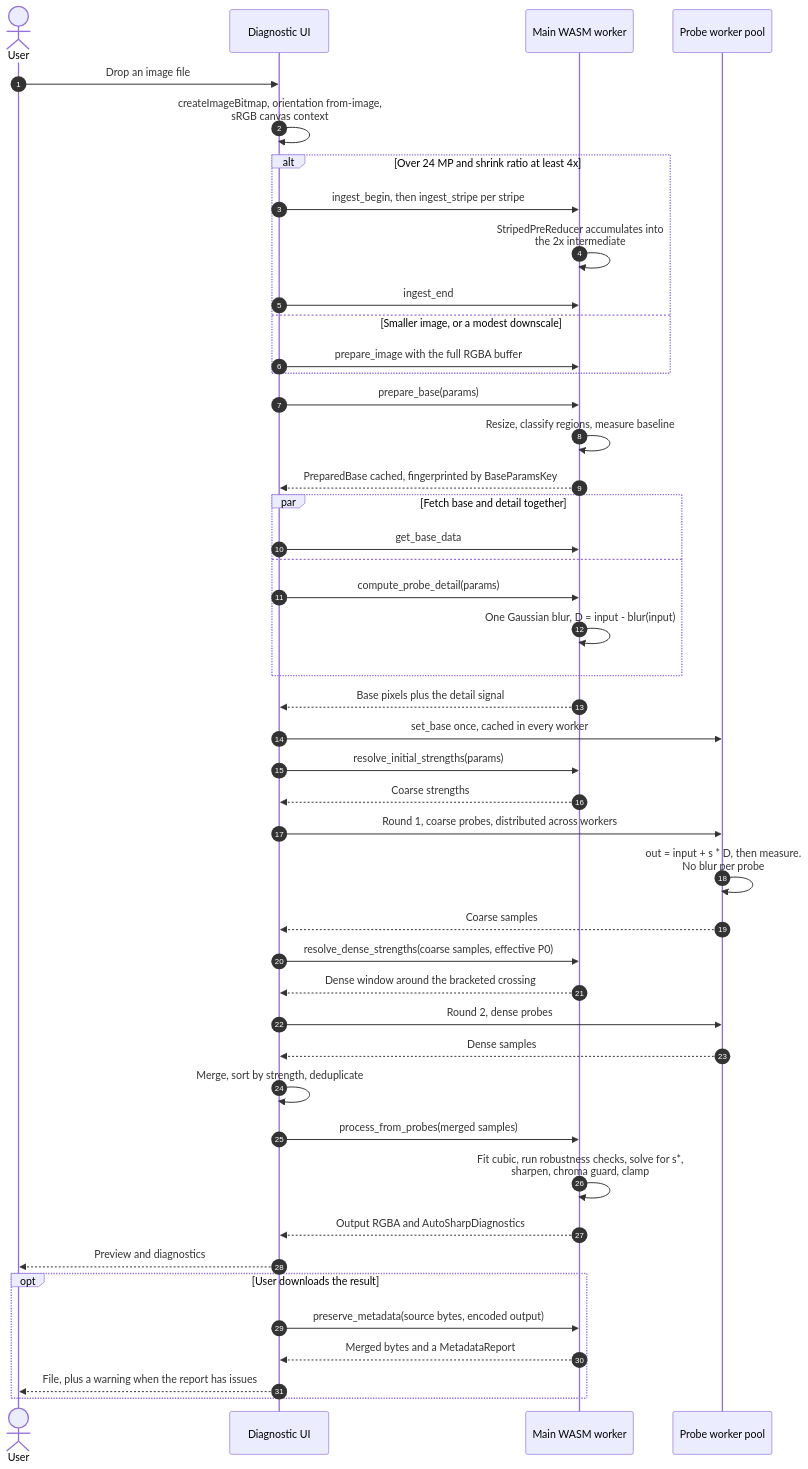
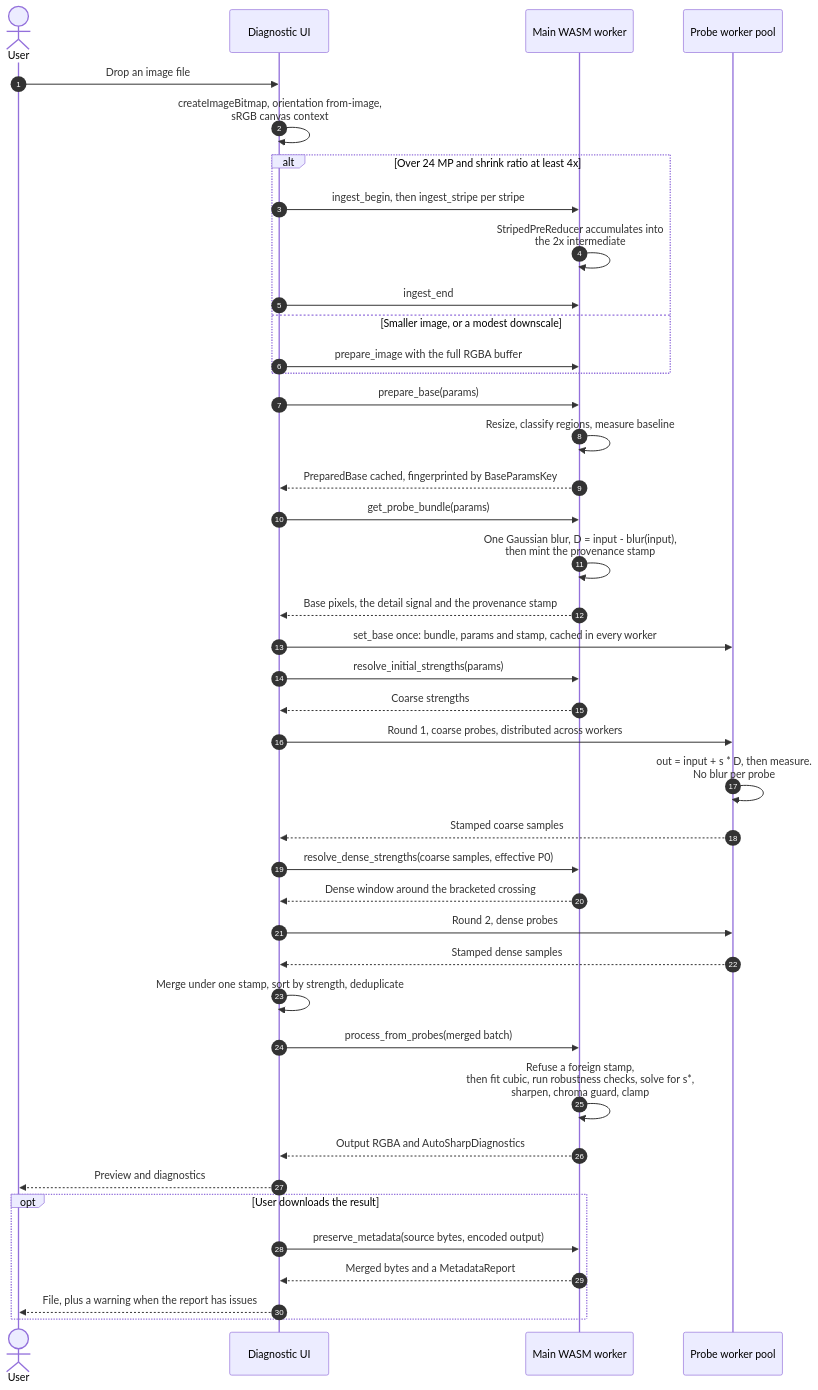
Before and after one commit to alvytsk/r3sizer: the fourth of 5 diagrams in docs/architecture.md, drawn with Mermaid. The commit also changed other lines of this file and 3 other files, not shown here.

Commit message:
docs: describe the stamped probe-worker seam

````diff
--- a/docs/architecture.md
+++ b/docs/architecture.md
@@ -164,57 +164,53 @@
 ```mermaid
 sequenceDiagram
     autonumber
     actor User
     participant UI as Diagnostic UI
     participant MW as Main WASM worker
     participant Pool as Probe worker pool
 
     User->>UI: Drop an image file
     UI->>UI: createImageBitmap, orientation from-image,<br/>sRGB canvas context
 
     alt Over 24 MP and shrink ratio at least 4x
         UI->>MW: ingest_begin, then ingest_stripe per stripe
         MW->>MW: StripedPreReducer accumulates into<br/>the 2x intermediate
         UI->>MW: ingest_end
     else Smaller image, or a modest downscale
         UI->>MW: prepare_image with the full RGBA buffer
     end
 
     UI->>MW: prepare_base(params)
     MW->>MW: Resize, classify regions, measure baseline
     MW-->>UI: PreparedBase cached, fingerprinted by BaseParamsKey
 
-    par Fetch base and detail together
-        UI->>MW: get_base_data
-        and
-        UI->>MW: compute_probe_detail(params)
-        MW->>MW: One Gaussian blur, D = input - blur(input)
-    end
-    MW-->>UI: Base pixels plus the detail signal
+    UI->>MW: get_probe_bundle(params)
+    MW->>MW: One Gaussian blur, D = input - blur(input),<br/>then mint the provenance stamp
+    MW-->>UI: Base pixels, the detail signal and the provenance stamp
 
-    UI->>Pool: set_base once, cached in every worker
+    UI->>Pool: set_base once: bundle, params and stamp, cached in every worker
     UI->>MW: resolve_initial_strengths(params)
     MW-->>UI: Coarse strengths
 
     UI->>Pool: Round 1, coarse probes, distributed across workers
     Pool->>Pool: out = input + s * D, then measure.<br/>No blur per probe
-    Pool-->>UI: Coarse samples
+    Pool-->>UI: Stamped coarse samples
 
     UI->>MW: resolve_dense_strengths(coarse samples, effective P0)
     MW-->>UI: Dense window around the bracketed crossing
 
     UI->>Pool: Round 2, dense probes
-    Pool-->>UI: Dense samples
-    UI->>UI: Merge, sort by strength, deduplicate
+    Pool-->>UI: Stamped dense samples
+    UI->>UI: Merge under one stamp, sort by strength, deduplicate
 
-    UI->>MW: process_from_probes(merged samples)
-    MW->>MW: Fit cubic, run robustness checks, solve for s*,<br/>sharpen, chroma guard, clamp
+    UI->>MW: process_from_probes(merged batch)
+    MW->>MW: Refuse a foreign stamp,<br/>then fit cubic, run robustness checks, solve for s*,<br/>sharpen, chroma guard, clamp
     MW-->>UI: Output RGBA and AutoSharpDiagnostics
     UI-->>User: Preview and diagnostics
 
     opt User downloads the result
         UI->>MW: preserve_metadata(source bytes, encoded output)
         MW-->>UI: Merged bytes and a MetadataReport
         UI-->>User: File, plus a warning when the report has issues
     end
 ```
````
